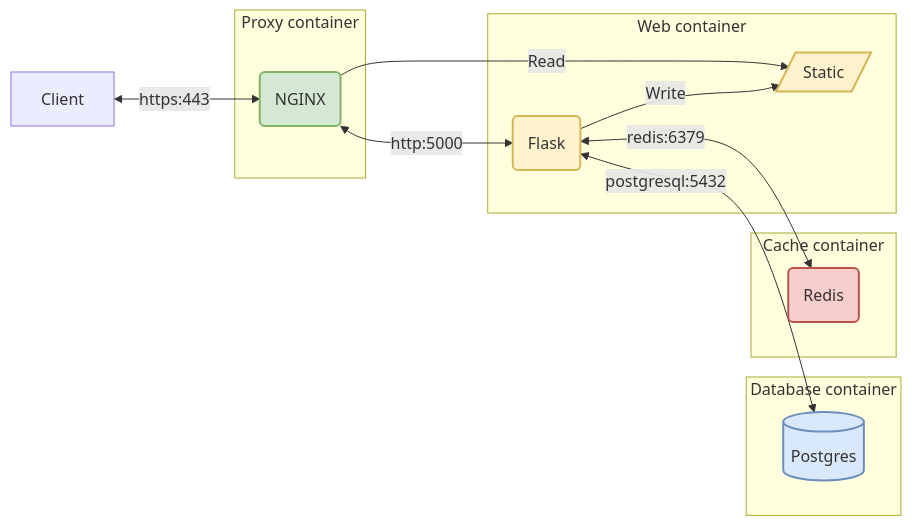
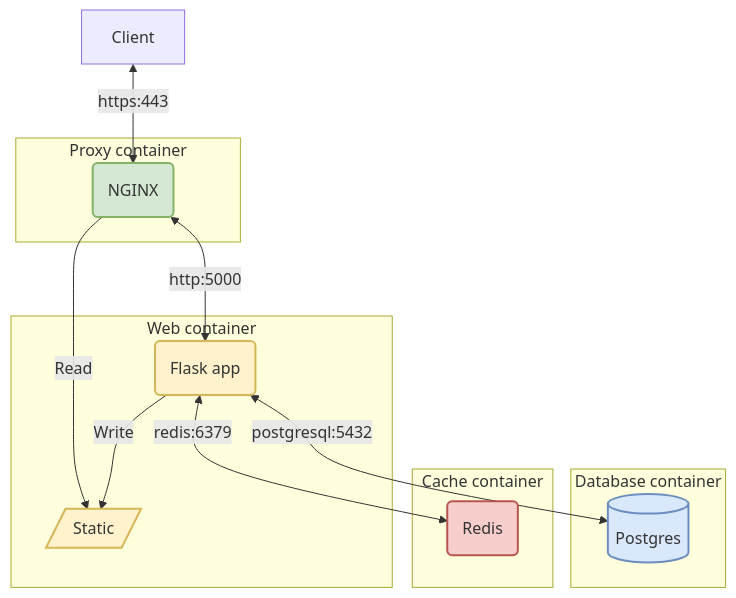
Before and after one commit to LandRegistry/govuk-frontend-flask: the diagram in README.md, drawn with Mermaid.

Commit message:
TB diagram

````diff
--- a/README.md
+++ b/README.md
@@ -78,37 +78,37 @@
 ```mermaid
-flowchart LR
+flowchart TB
     cache1(Redis):::CACHE
     Client
     db1[(Postgres)]:::DB
     prox1(NGINX):::PROXY
-    web1(Flask):::WEB
+    web1(Flask app):::WEB
     web2[/Static/]:::WEB
 
     Client <-- https:443 --> prox1 <-- http:5000 --> web1
     prox1 -- Read --> web2
     web1 -- Write --> web2
     web1 <-- postgresql:5432 --> db1
     web1 <-- redis:6379 --> cache1
 
     subgraph Proxy container
         prox1
     end
 
     subgraph Web container
         web1
         web2
     end
 
     subgraph Database container
         db1
     end
 
     subgraph Cache container
         cache1
     end
 
     classDef PROXY fill:#D5E8D4,stroke:#82B366,stroke-width:2px
     classDef WEB fill:#FFF2CC,stroke:#D6B656,stroke-width:2px
     classDef CACHE fill:#F8CECC,stroke:#B85450,stroke-width:2px
     classDef DB fill:#DAE8FC,stroke:#6C8EBF,stroke-width:2px
 ```
````
